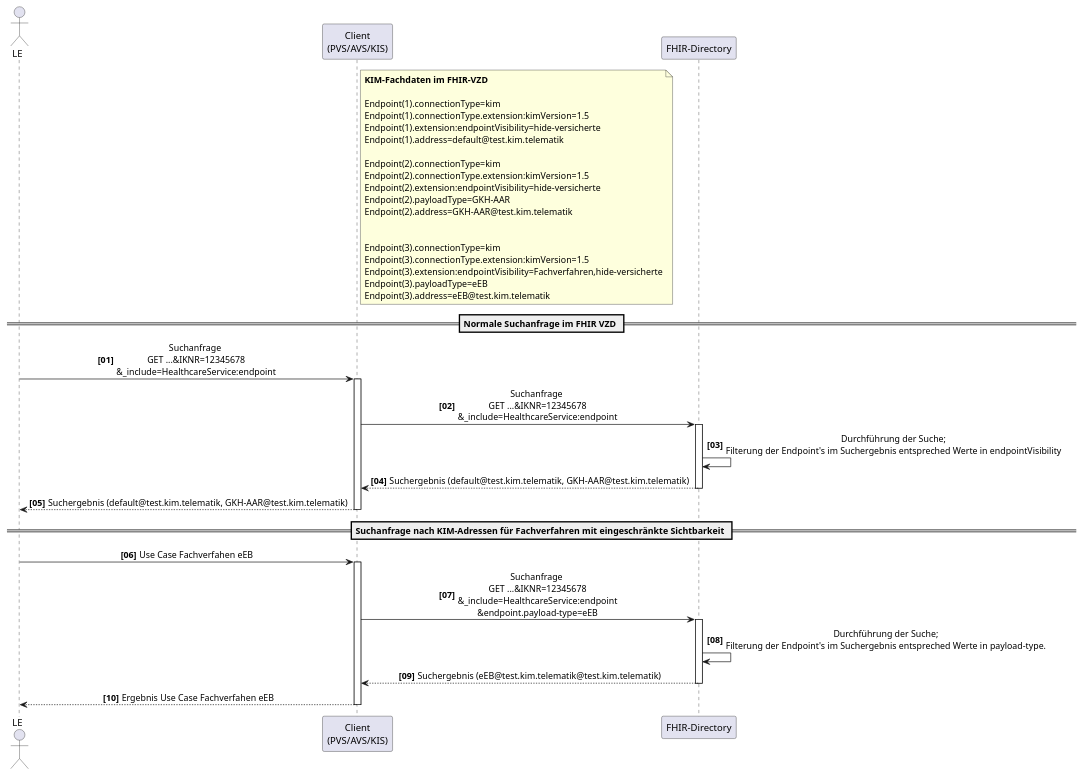
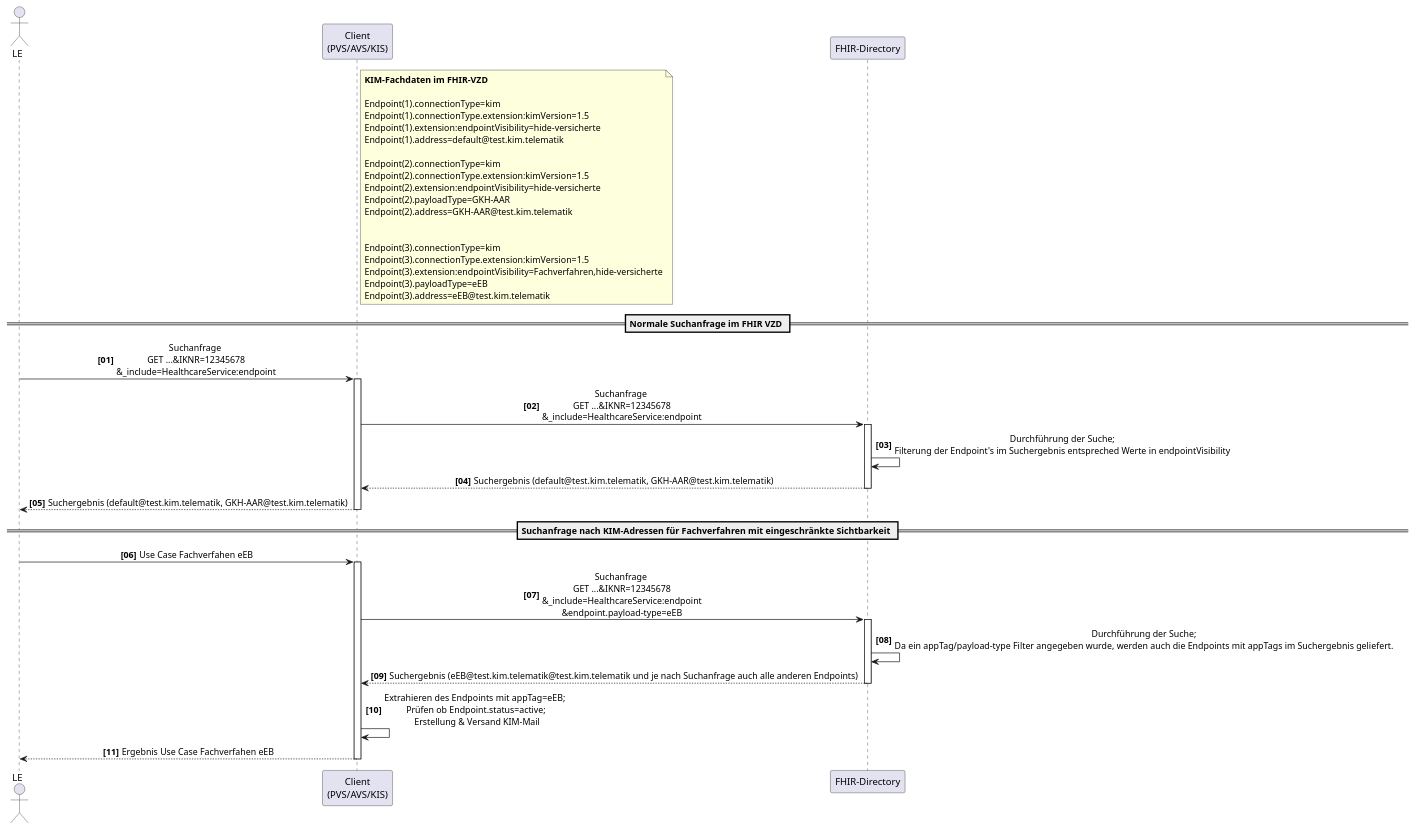
The diagram in src/plantuml/SequenceDiagram.FHIR_AF_10472_appTagSuche.puml (gematik/api-vzd), drawn with PlantUML before and after one commit.

```diff
--- a/src/plantuml/SequenceDiagram.FHIR_AF_10472_appTagSuche.puml
+++ b/src/plantuml/SequenceDiagram.FHIR_AF_10472_appTagSuche.puml
@@ -1,59 +1,60 @@
 @startuml
 skinparam dpi 100
 skinparam WrapWidth 200
 skinparam sequenceMessageAlign center
 autonumber "<b>[00]"
 
 'title "FHIR-Directory, Sequenzdiagram SSP Authenticate mit Passwort"
 actor o as "LE"
 participant cl as "Client\n(PVS/AVS/KIS)"
 participant fd as "FHIR-Directory"
 
 note right of cl
 **KIM-Fachdaten im FHIR-VZD**
 
 Endpoint(1).connectionType=kim
 Endpoint(1).connectionType.extension:kimVersion=1.5
 Endpoint(1).extension:endpointVisibility=hide-versicherte
 Endpoint(1).address=default@test.kim.telematik
 
 Endpoint(2).connectionType=kim
 Endpoint(2).connectionType.extension:kimVersion=1.5
 Endpoint(2).extension:endpointVisibility=hide-versicherte
 Endpoint(2).payloadType=GKH-AAR
 Endpoint(2).address=GKH-AAR@test.kim.telematik
 
 
 Endpoint(3).connectionType=kim
 Endpoint(3).connectionType.extension:kimVersion=1.5
 Endpoint(3).extension:endpointVisibility=Fachverfahren,hide-versicherte
 Endpoint(3).payloadType=eEB
 Endpoint(3).address=eEB@test.kim.telematik
 end note
 
 == Normale Suchanfrage im FHIR VZD ==
 
 o -> cl: Suchanfrage \nGET ...&IKNR=12345678\n&_include=HealthcareService:endpoint
 activate cl
 cl -> fd: Suchanfrage \nGET ...&IKNR=12345678\n&_include=HealthcareService:endpoint
 activate fd
 fd -> fd: Durchführung der Suche;\nFilterung der Endpoint's im Suchergebnis entspreched Werte in endpointVisibility
 fd --> cl: Suchergebnis (default@test.kim.telematik, GKH-AAR@test.kim.telematik)
 deactivate fd
 cl --> o: Suchergebnis (default@test.kim.telematik, GKH-AAR@test.kim.telematik)
 deactivate cl
 
 
 == Suchanfrage nach KIM-Adressen für Fachverfahren mit eingeschränkte Sichtbarkeit ==
 
 o -> cl: Use Case Fachverfahen eEB
 activate cl
 cl -> fd: Suchanfrage \nGET ...&IKNR=12345678\n&_include=HealthcareService:endpoint\n&endpoint.payload-type=eEB
 activate fd
-fd -> fd: Durchführung der Suche;\nFilterung der Endpoint's im Suchergebnis entspreched Werte in payload-type. 
-fd --> cl: Suchergebnis (eEB@test.kim.telematik@test.kim.telematik)
+fd -> fd: Durchführung der Suche;\nDa ein appTag/payload-type Filter angegeben wurde, werden auch die Endpoints mit appTags im Suchergebnis geliefert. 
+fd --> cl: Suchergebnis (eEB@test.kim.telematik@test.kim.telematik und je nach Suchanfrage auch alle anderen Endpoints)
 deactivate fd
+cl -> cl: Extrahieren des Endpoints mit appTag=eEB; \n Prüfen ob Endpoint.status=active; \n Erstellung & Versand KIM-Mail
 cl --> o: Ergebnis Use Case Fachverfahen eEB
 deactivate cl
 
 @enduml
```
